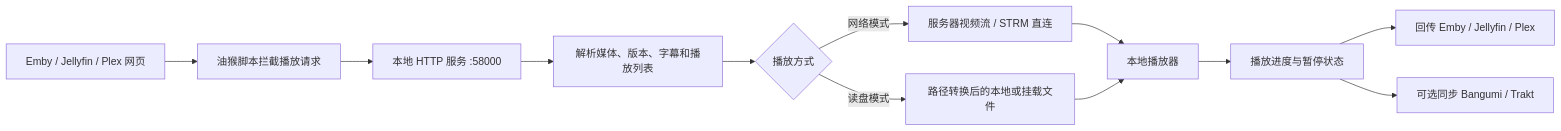
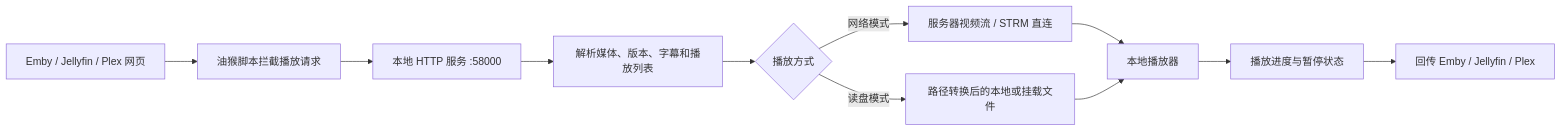
The diagram in FUNCTIONS.md (hope140/embyToLocalPlayer), drawn with Mermaid before and after one commit. The commit also changed other lines of this file and 26 other files, not shown here.

````diff
--- a/FUNCTIONS.md
+++ b/FUNCTIONS.md
@@ -28,14 +28,13 @@
 ```mermaid
 flowchart LR
     A["Emby / Jellyfin / Plex 网页"] --> B["油猴脚本拦截播放请求"]
     B --> C["本地 HTTP 服务 :58000"]
     C --> D["解析媒体、版本、字幕和播放列表"]
     D --> E{"播放方式"}
     E -->|网络模式| F["服务器视频流 / STRM 直连"]
     E -->|读盘模式| G["路径转换后的本地或挂载文件"]
     F --> H["本地播放器"]
     G --> H
     H --> I["播放进度与暂停状态"]
     I --> J["回传 Emby / Jellyfin / Plex"]
-    I --> K["可选同步 Bangumi / Trakt"]
 ```
````
